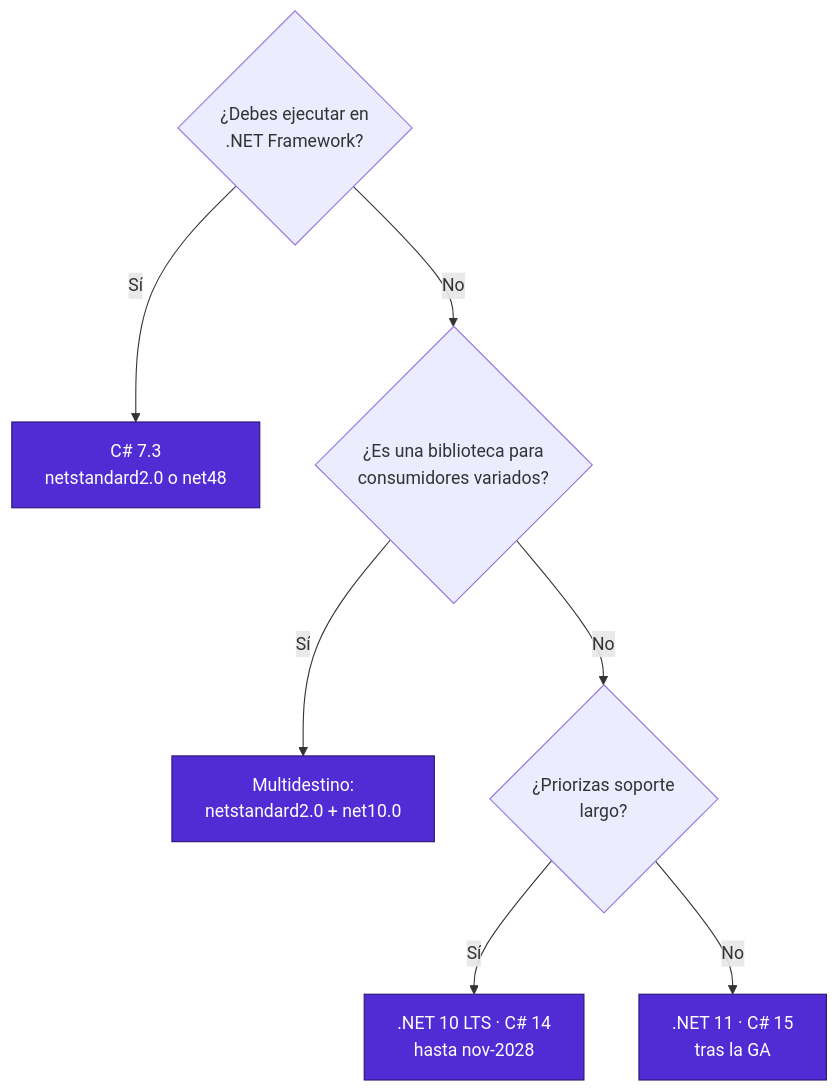
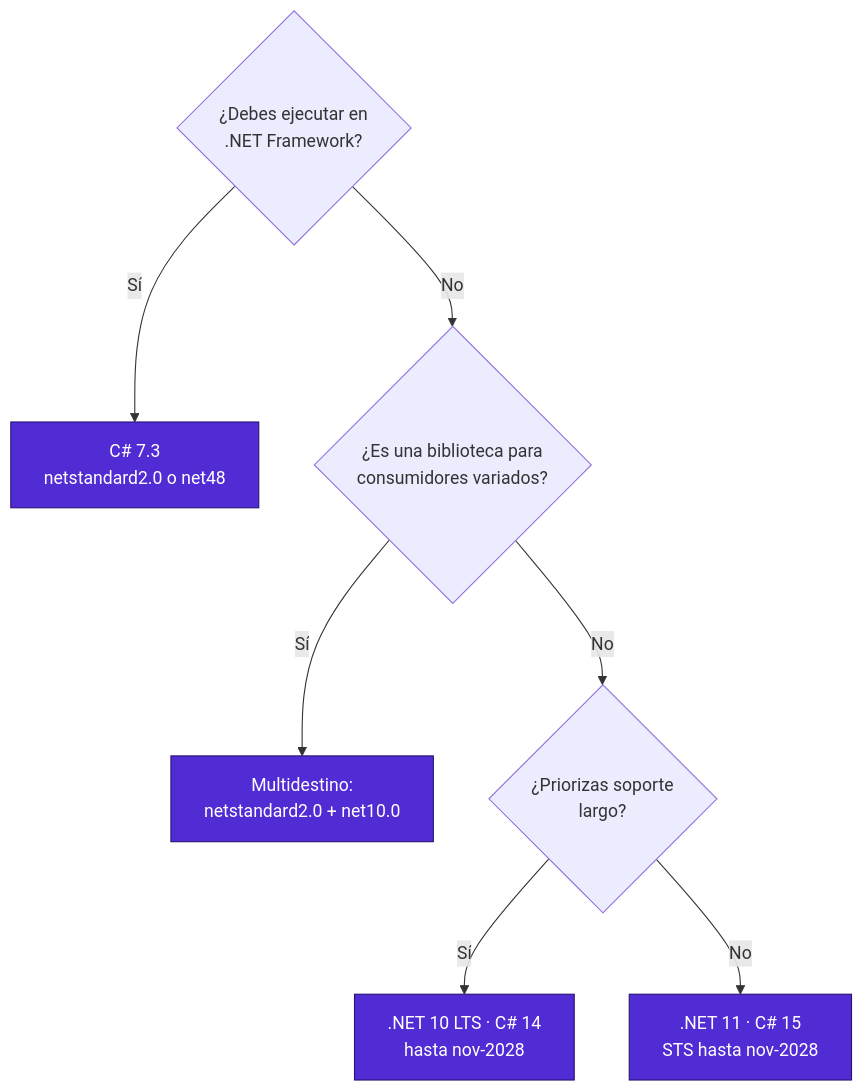
The fourth of 4 diagrams in docs/16-guias-de-decision.md (CristianSifuentes/C-sharp), drawn with Mermaid before and after one commit. The commit also changed 11 other files, not shown here.

````diff
--- a/docs/16-guias-de-decision.md
+++ b/docs/16-guias-de-decision.md
@@ -179,11 +179,11 @@
 ```mermaid
 flowchart TD
     A{"¿Debes ejecutar en<br/>.NET Framework?"} -->|Sí| F["C# 7.3<br/>netstandard2.0 o net48"]
     A -->|No| B{"¿Es una biblioteca para<br/>consumidores variados?"}
     B -->|Sí| M["Multidestino:<br/>netstandard2.0 + net10.0"]
     B -->|No| C{"¿Priorizas soporte<br/>largo?"}
     C -->|Sí| L[".NET 10 LTS · C# 14<br/>hasta nov-2028"]
-    C -->|No| D[".NET 11 · C# 15<br/>tras la GA"]
+    C -->|No| D[".NET 11 · C# 15<br/>STS hasta nov-2028"]
     classDef r fill:#512BD4,stroke:#2A1272,color:#fff
     class F,M,L,D r
 ```
````
